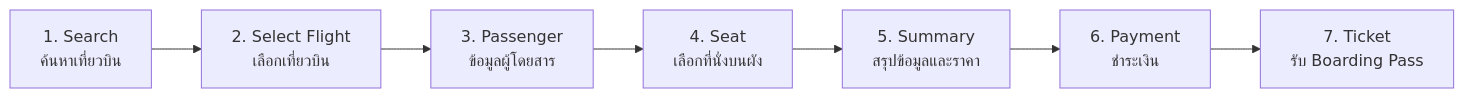
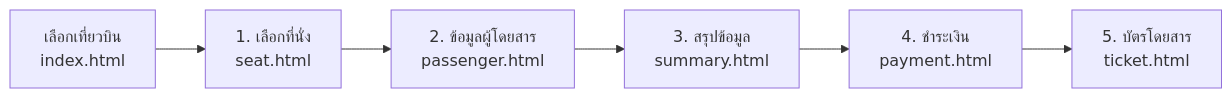
The first of 3 diagrams in README.md (dewdrew02/Xfly-project), drawn with Mermaid before and after one commit. The commit also changed other lines of this file and 9 other files, not shown here.

````diff
--- a/README.md
+++ b/README.md
@@ -10,9 +10,8 @@
 ```mermaid
 flowchart LR
-    A[1. Search<br/>ค้นหาเที่ยวบิน] --> B[2. Select Flight<br/>เลือกเที่ยวบิน]
-    B --> C[3. Passenger<br/>ข้อมูลผู้โดยสาร]
-    C --> D[4. Seat<br/>เลือกที่นั่งบนผัง]
-    D --> E[5. Summary<br/>สรุปข้อมูลและราคา]
-    E --> F[6. Payment<br/>ชำระเงิน]
-    F --> G[7. Ticket<br/>รับ Boarding Pass]
+    A[เลือกเที่ยวบิน<br/>index.html] --> B[1. เลือกที่นั่ง<br/>seat.html]
+    B --> C[2. ข้อมูลผู้โดยสาร<br/>passenger.html]
+    C --> D[3. สรุปข้อมูล<br/>summary.html]
+    D --> E[4. ชำระเงิน<br/>payment.html]
+    E --> F[5. บัตรโดยสาร<br/>ticket.html]
 ```
````
